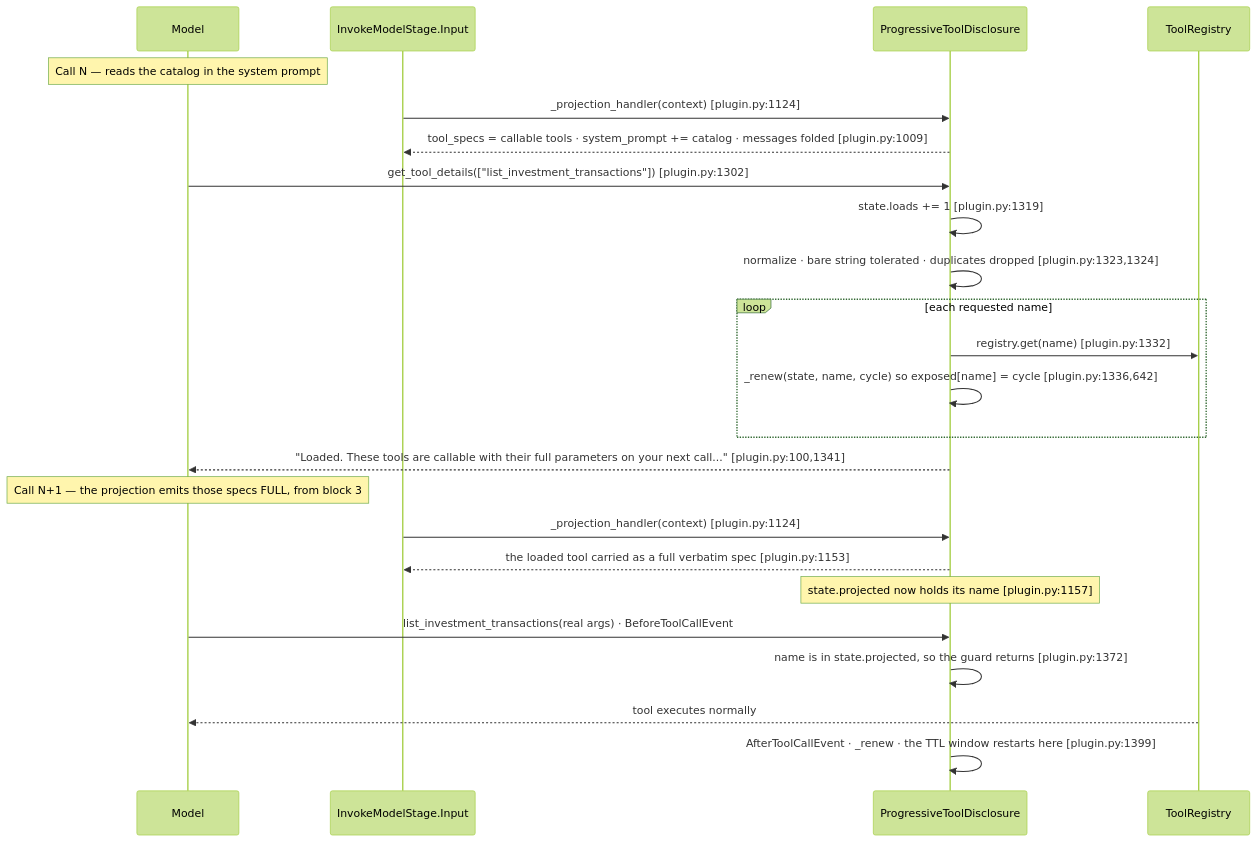
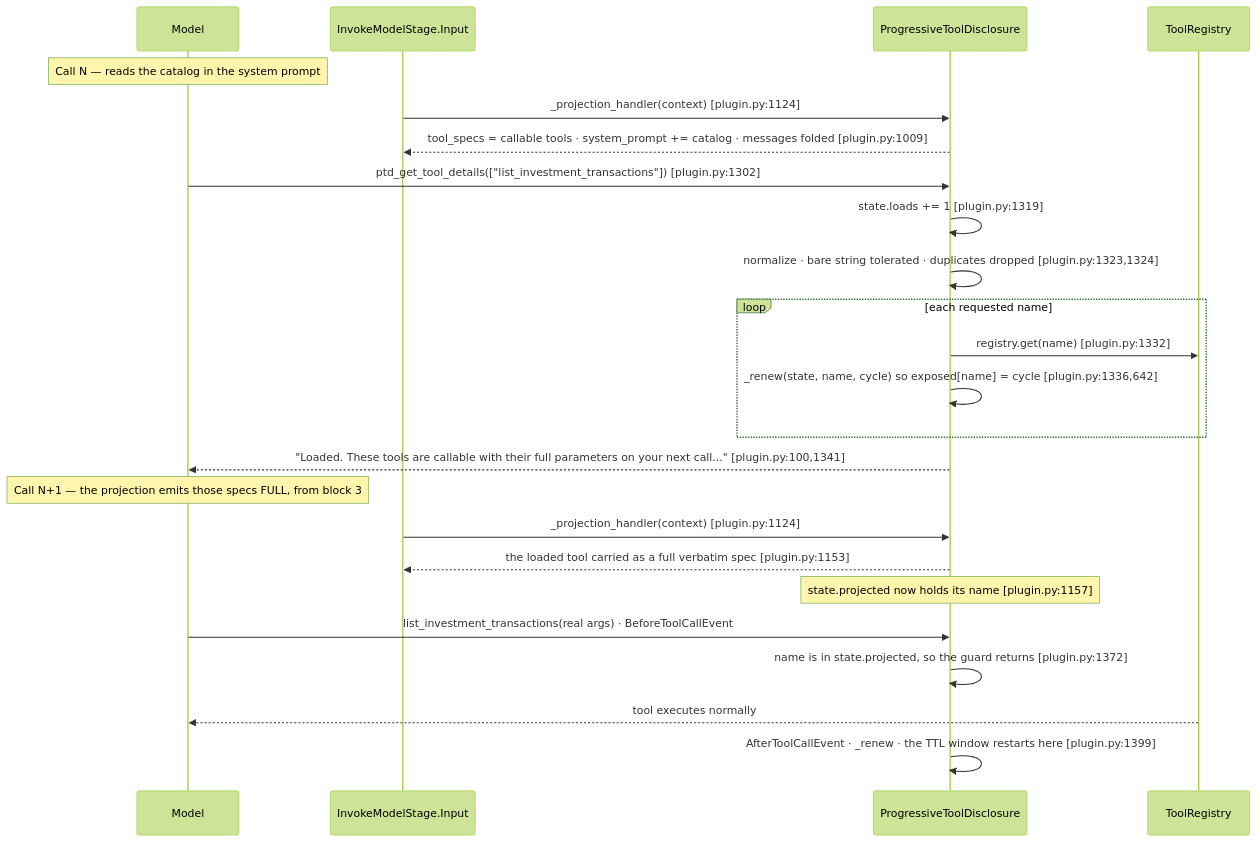
The third of 6 diagrams in docs/design/sequence/sequence-b-progressive-tool-disclosure.md (aws-samples/sample-context-engineering), drawn with Mermaid (forest theme) before and after one commit. The commit also changed other lines of this file and 124 other files, not shown here.

First line of the commit message:
feat(plugins): prefix every model-facing tool with its plugin's initials

````diff
--- a/docs/design/sequence/sequence-b-progressive-tool-disclosure.md
+++ b/docs/design/sequence/sequence-b-progressive-tool-disclosure.md
@@ -285,27 +285,27 @@
 ```mermaid
 sequenceDiagram
     participant Model
     participant Stage as InvokeModelStage.Input
     participant Plugin as ProgressiveToolDisclosure
     participant Reg as ToolRegistry
 
     Note over Model: Call N — reads the catalog in the system prompt
     Stage->>Plugin: _projection_handler(context) [plugin.py:1124]
     Plugin-->>Stage: tool_specs = callable tools · system_prompt += catalog · messages folded [plugin.py:1009]
-    Model->>Plugin: get_tool_details(["list_investment_transactions"]) [plugin.py:1302]
+    Model->>Plugin: ptd_get_tool_details(["list_investment_transactions"]) [plugin.py:1302]
     Plugin->>Plugin: state.loads += 1 [plugin.py:1319]
     Plugin->>Plugin: normalize · bare string tolerated · duplicates dropped [plugin.py:1323,1324]
     loop each requested name
         Plugin->>Reg: registry.get(name) [plugin.py:1332]
         Plugin->>Plugin: _renew(state, name, cycle) so exposed[name] = cycle [plugin.py:1336,642]
     end
     Plugin-->>Model: "Loaded. These tools are callable with their full parameters on your next call..." [plugin.py:100,1341]
     Note over Model: Call N+1 — the projection emits those specs FULL, from block 3
     Stage->>Plugin: _projection_handler(context) [plugin.py:1124]
     Plugin-->>Stage: the loaded tool carried as a full verbatim spec [plugin.py:1153]
     Note over Plugin: state.projected now holds its name [plugin.py:1157]
     Model->>Plugin: list_investment_transactions(real args) · BeforeToolCallEvent
     Plugin->>Plugin: name is in state.projected, so the guard returns [plugin.py:1372]
     Reg-->>Model: tool executes normally
     Plugin->>Plugin: AfterToolCallEvent · _renew · the TTL window restarts here [plugin.py:1399]
 ```
````
